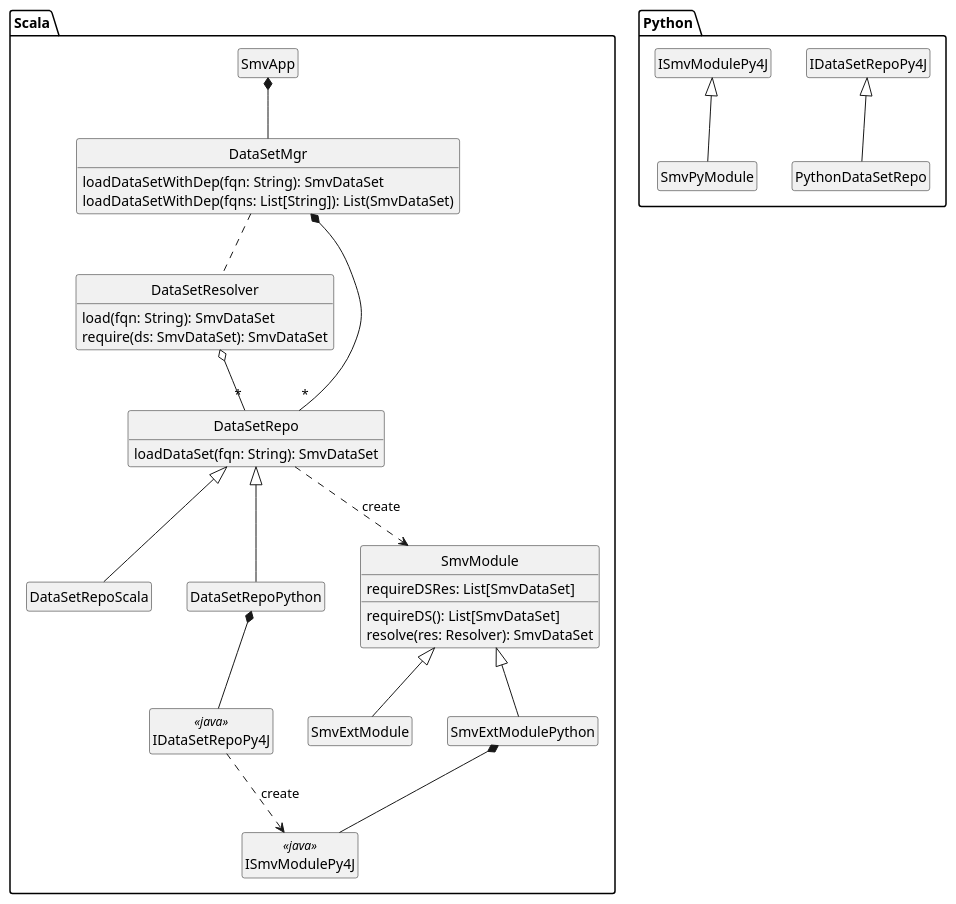
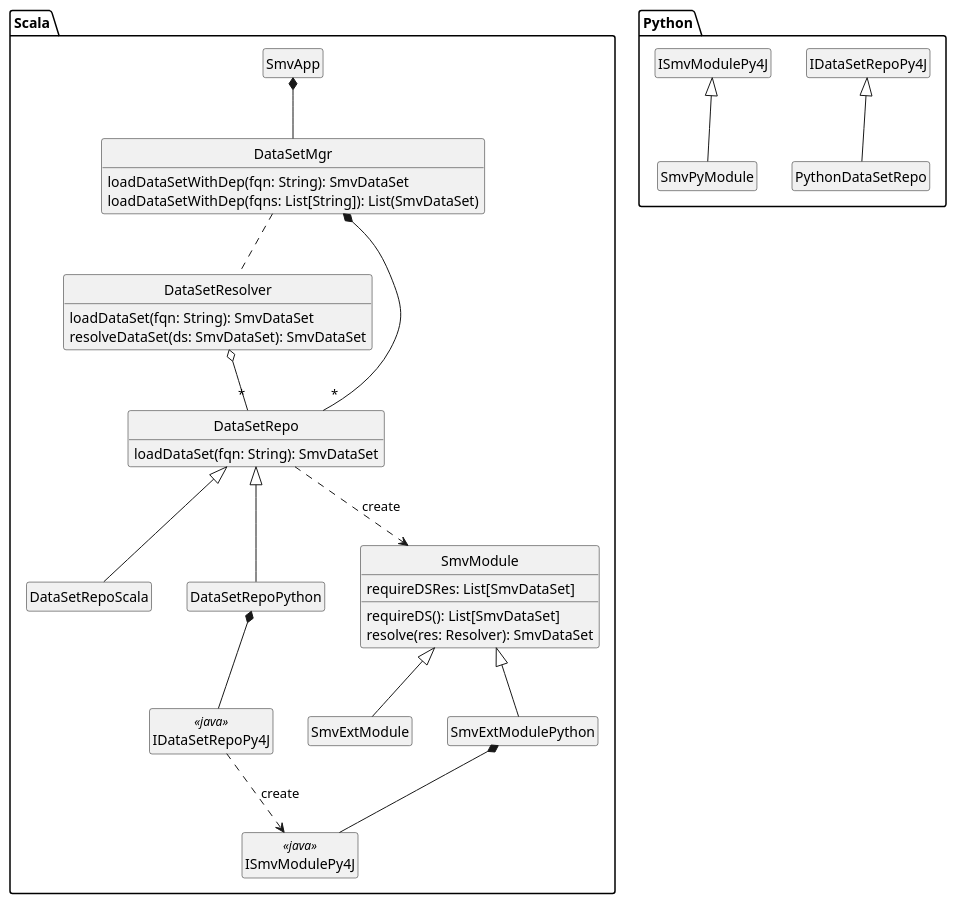
The diagram in docs/design/DataSetMgr/DataSetMgr_class.puml (TresAmigosSD/SMV), drawn with PlantUML before and after one commit.

```diff
--- a/docs/design/DataSetMgr/DataSetMgr_class.puml
+++ b/docs/design/DataSetMgr/DataSetMgr_class.puml
@@ -1,47 +1,47 @@
 @startuml
 
 hide empty methods
 hide empty fields
 hide circle
 
 package Scala {
   class SmvApp
   class DataSetMgr {
     loadDataSetWithDep(fqn: String): SmvDataSet
     loadDataSetWithDep(fqns: List[String]): List(SmvDataSet)
   }
   class DataSetResolver {
-    load(fqn: String): SmvDataSet
-    require(ds: SmvDataSet): SmvDataSet
+    loadDataSet(fqn: String): SmvDataSet
+    resolveDataSet(ds: SmvDataSet): SmvDataSet
   }
   class DataSetRepo {
     loadDataSet(fqn: String): SmvDataSet
   }
   class DataSetRepoScala extends DataSetRepo
   class DataSetRepoPython extends DataSetRepo
   class IDataSetRepoPy4J <<java>>
   class SmvModule {
     requireDS(): List[SmvDataSet]
     resolve(res: Resolver): SmvDataSet
     requireDSRes: List[SmvDataSet]
   }
   class SmvExtModule extends SmvModule
   class SmvExtModulePython extends SmvModule
   class ISmvModulePy4J <<java>>
 
   SmvApp *-- DataSetMgr
   DataSetMgr .. DataSetResolver
   DataSetMgr *-- "*" DataSetRepo
   DataSetResolver o-- "*"   DataSetRepo
   DataSetRepo ..> SmvModule : "create"
   SmvExtModulePython *-- ISmvModulePy4J
   DataSetRepoPython *-- IDataSetRepoPy4J
   IDataSetRepoPy4J ..> ISmvModulePy4J : "create"
 }
 
 package Python {
   class PythonDataSetRepo extends IDataSetRepoPy4J
   class SmvPyModule extends ISmvModulePy4J
 }
 
 @enduml
```
